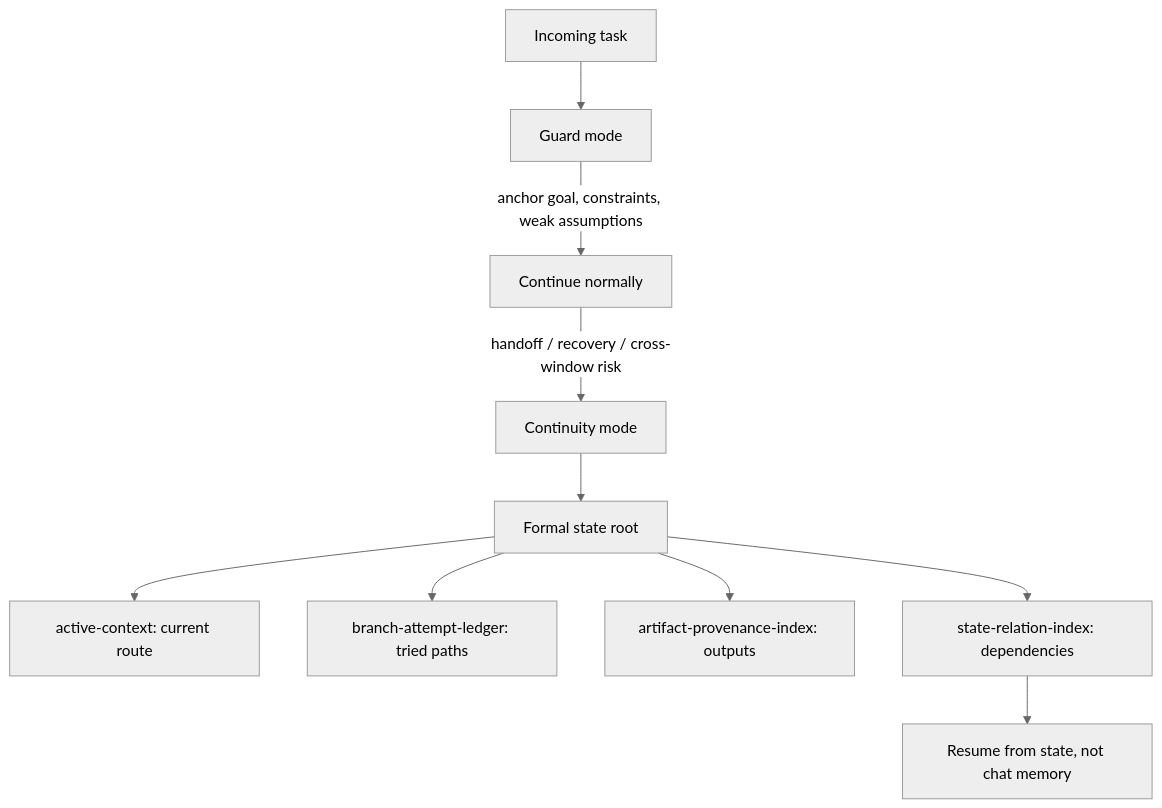
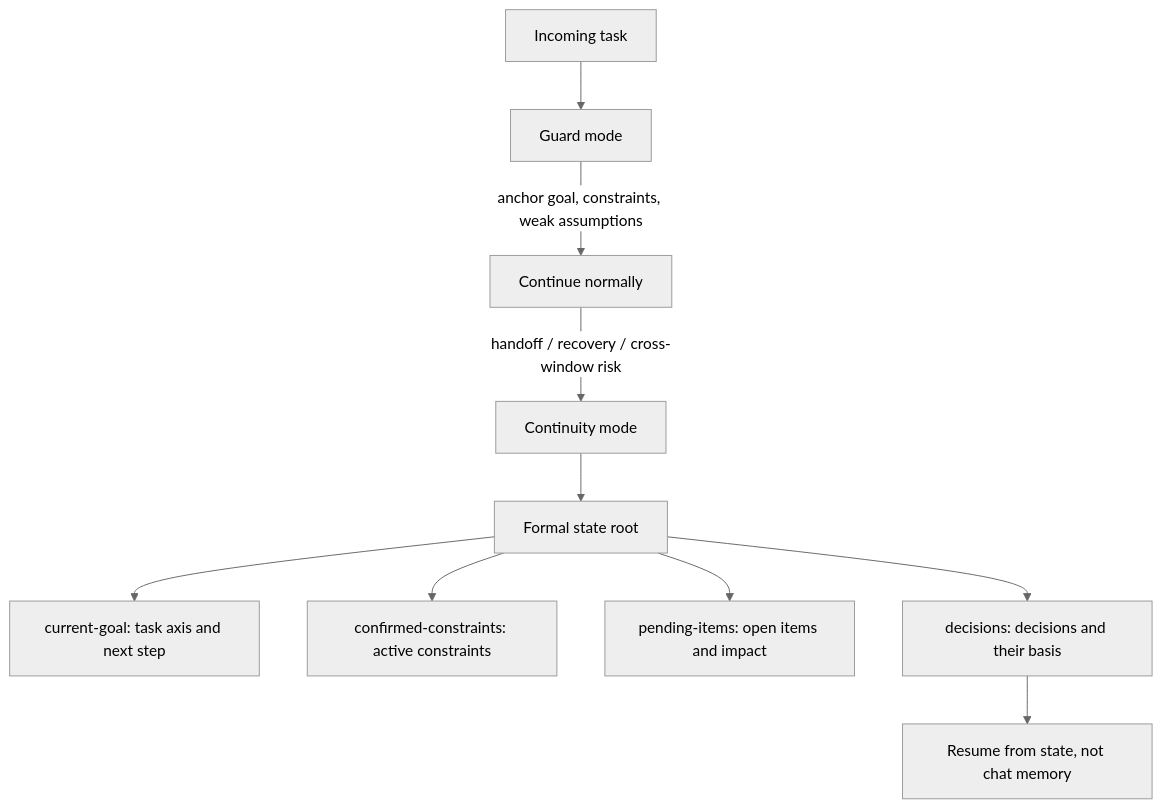
Before and after one commit to bagbag16/agent-continuity-harness: the diagram in README.md, drawn with Mermaid (neutral theme). The commit also changed other lines of this file and 4 other files, not shown here.

````diff
--- a/README.md
+++ b/README.md
@@ -12,12 +12,12 @@
 ```mermaid
 flowchart TD
   T["Incoming task"] --> G["Guard mode"]
   G -->|"anchor goal, constraints, weak assumptions"| W["Continue normally"]
   W -->|"handoff / recovery / cross-window risk"| C["Continuity mode"]
   C --> S["Formal state root"]
-  S --> A["active-context: current route"]
-  S --> B["branch-attempt-ledger: tried paths"]
-  S --> P["artifact-provenance-index: outputs"]
-  S --> R["state-relation-index: dependencies"]
+  S --> A["current-goal: task axis and next step"]
+  S --> B["confirmed-constraints: active constraints"]
+  S --> P["pending-items: open items and impact"]
+  S --> R["decisions: decisions and their basis"]
   R --> H["Resume from state, not chat memory"]
 ```
````
